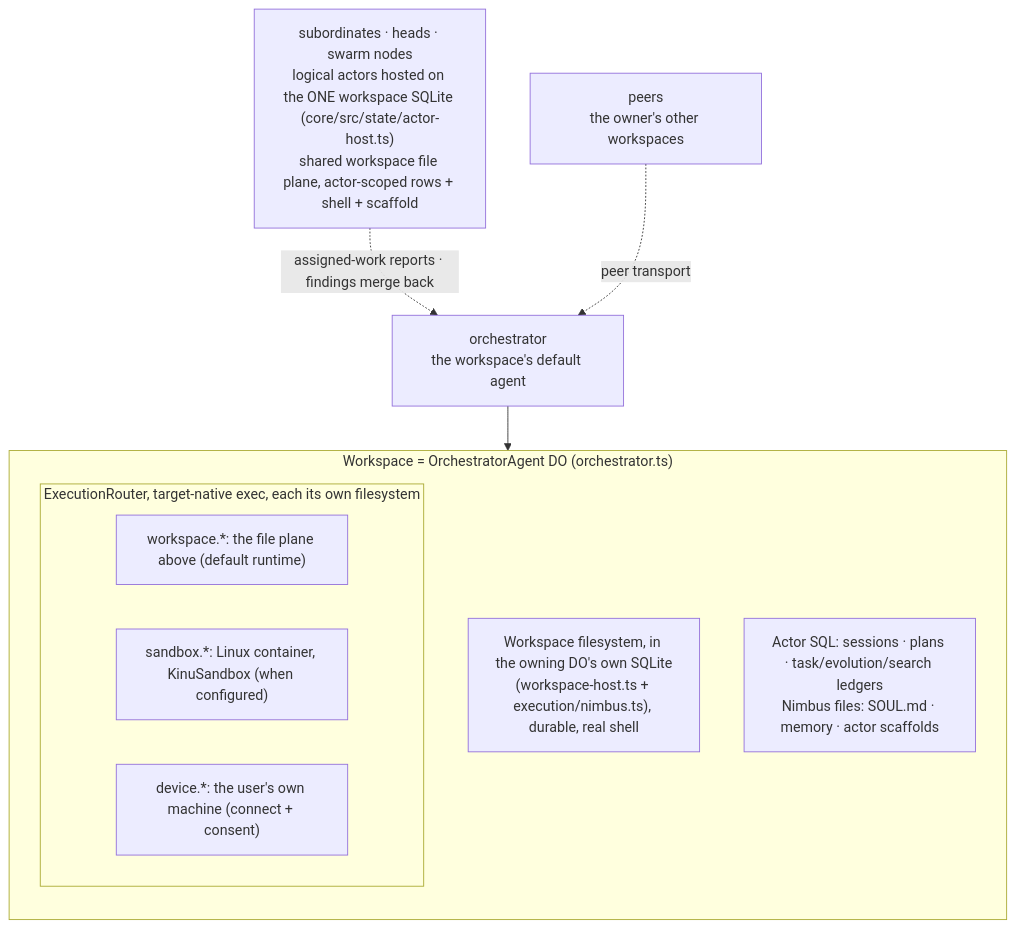
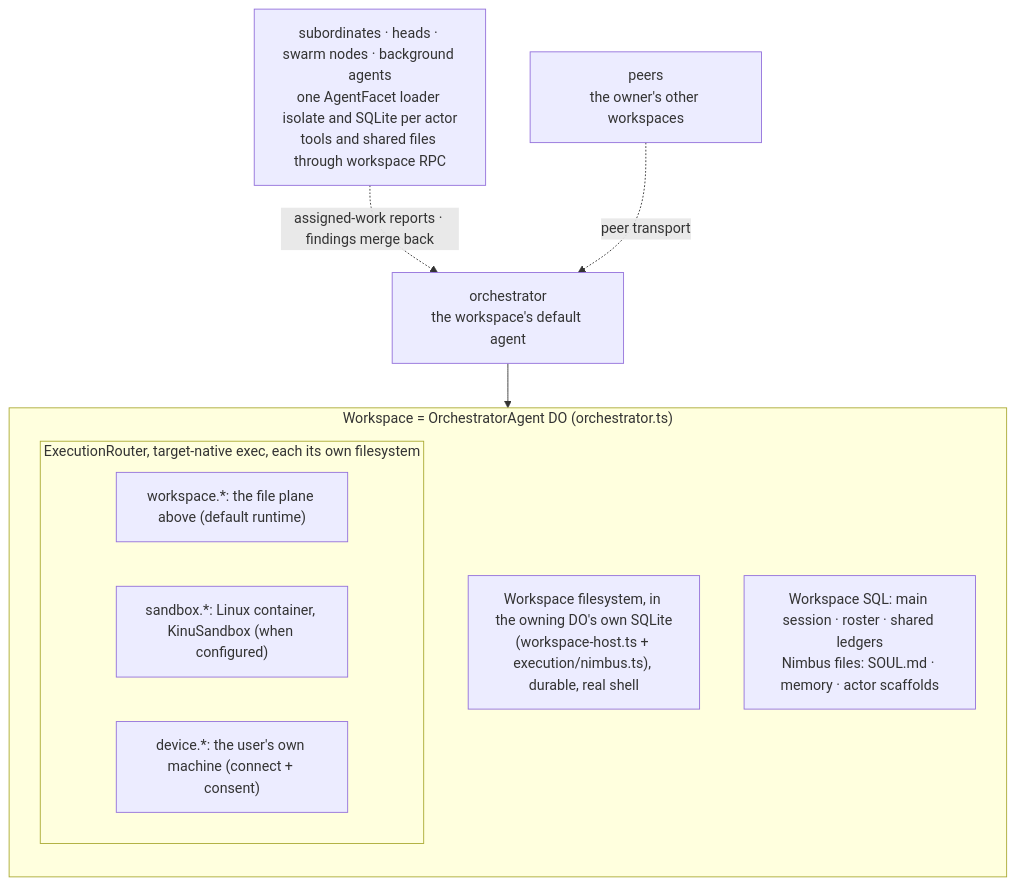
One commit to AshishKumar4/kinu changed the first of 5 diagrams in docs/ARCHITECTURE.md. Above: the diagram before and after it, drawn with Mermaid. The commit also changed other lines of this file and 50 other files, not shown here.

First line of the commit message:
feat(cf): run swarm and background turns in agent facets

````diff
--- a/docs/ARCHITECTURE.md
+++ b/docs/ARCHITECTURE.md
@@ -33,17 +33,17 @@
 ```mermaid
 graph TB
     subgraph WS["Workspace = OrchestratorAgent DO (orchestrator.ts)"]
         direction TB
         Files["Workspace filesystem, in the owning DO's own SQLite<br/>(workspace-host.ts + execution/nimbus.ts), durable, real shell"]
         subgraph Execs["ExecutionRouter, target-native exec, each its own filesystem"]
             W["workspace.*: the file plane above (default runtime)"]
             S["sandbox.*: Linux container, KinuSandbox (when configured)"]
             P["device.*: the user's own machine (connect + consent)"]
         end
-        State["Actor SQL: sessions · plans · task/evolution/search ledgers<br/>Nimbus files: SOUL.md · memory · actor scaffolds"]
+        State["Workspace SQL: main session · roster · shared ledgers<br/>Nimbus files: SOUL.md · memory · actor scaffolds"]
     end
 
     Orch["orchestrator<br/>the workspace's default agent"] --> WS
-    Subs["subordinates · heads · swarm nodes<br/>logical actors hosted on the ONE workspace SQLite (core/src/state/actor-host.ts)<br/>shared workspace file plane, actor-scoped rows + shell + scaffold"] -.->|assigned-work reports · findings merge back| Orch
+    Subs["subordinates · heads · swarm nodes · background agents<br/>one AgentFacet loader isolate and SQLite per actor<br/>tools and shared files through workspace RPC"] -.->|assigned-work reports · findings merge back| Orch
     Peers["peers<br/>the owner's other workspaces"] -.->|peer transport| Orch
 ```
````
